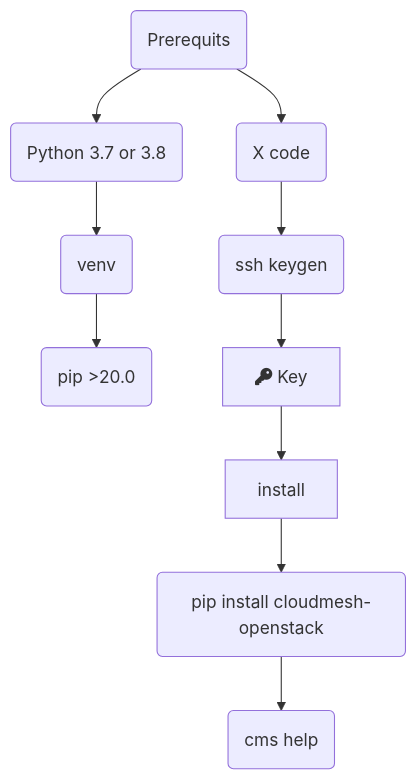
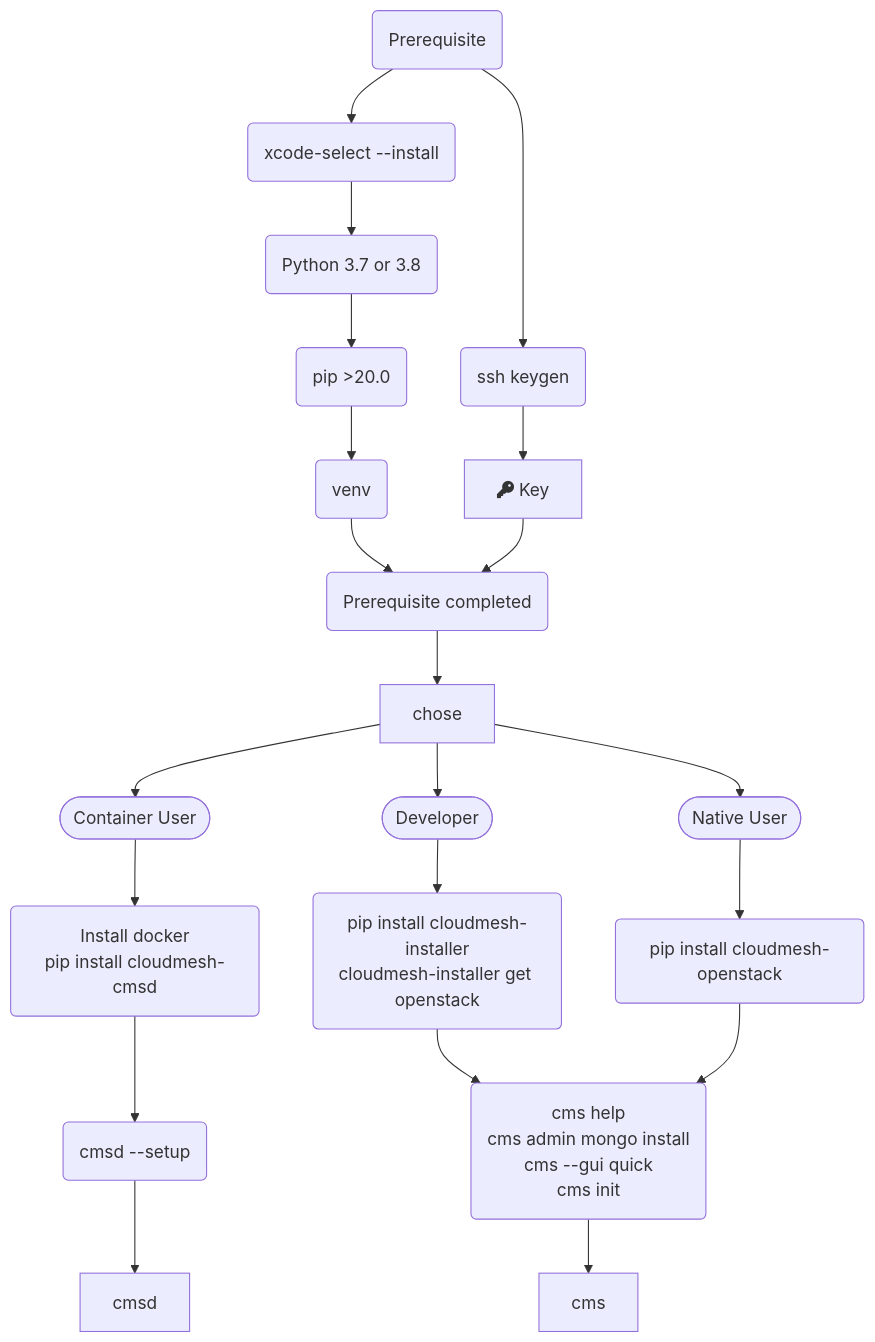
Before and after one commit to cloudmesh/cloudmesh-manual: the diagram in docs-source/source/installation/install-macos.rst, drawn with Mermaid. The commit also changed other lines of this file and 9 other files, not shown here.

```diff
--- a/docs-source/source/installation/install-macos.rst
+++ b/docs-source/source/installation/install-macos.rst
@@ -4,16 +50,28 @@
 .. mermaid::
 
    graph TD
-      A(Prerequits) --> python(Python 3.7 or 3.8)
-      python --> venv(venv)
-      venv --> pip(pip >20.0)
+      A(Prerequisite) --> xcode(xcode-select --install)
+      xcode --> python(Python 3.7 or 3.8)
+      python --> pip(pip >20.0)
+      pip --> venv(venv)
+      venv --> install(Prerequisite completed)
       key --> install
-      A --> xcode(X code)
-      xcode --> keygen(ssh keygen)
+      A --> keygen(ssh keygen)
       keygen -->key[fa:fa-key Key]
-      install --> I(pip install cloudmesh-openstack)
-      I --> cms(cms help)
+      install --> chose
 
-     click xcode "https://cloudmesh.github.io/cloudmesh-manual/installation/install-macos.html#Xcode"
-     click python "https://cloudmesh.github.io/cloudmesh-manual/installation/install-macos.html#Python"
-     click Key "https://cloudmesh.github.io/cloudmesh-manual/installation/install-macos.html#Key"
+      chose-->cuser([Container User])
+      chose-->nuser([Native User])
+      chose-->duser([Developer])
+
+      duser-->dev(pip install cloudmesh-installer<br/>cloudmesh-installer get openstack)
+      nuser-->user(pip install cloudmesh-openstack)
+      cuser-->container(Install docker<br/>pip install cloudmesh-cmsd)
+
+      setup(cms help<br/>cms admin mongo install<br/>cms --gui quick<br/>cms init)
+      dev-->setup
+      user-->setup
+      container-->setupd(cmsd --setup)
+
+      setup-->cms
+      setupd-->cmsd
```
